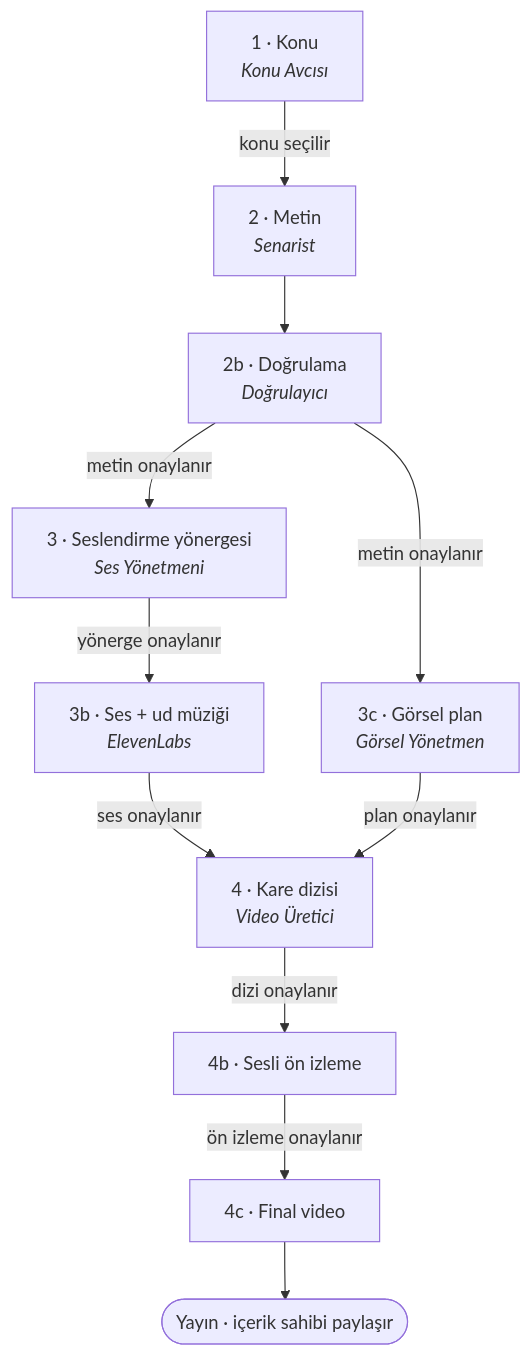
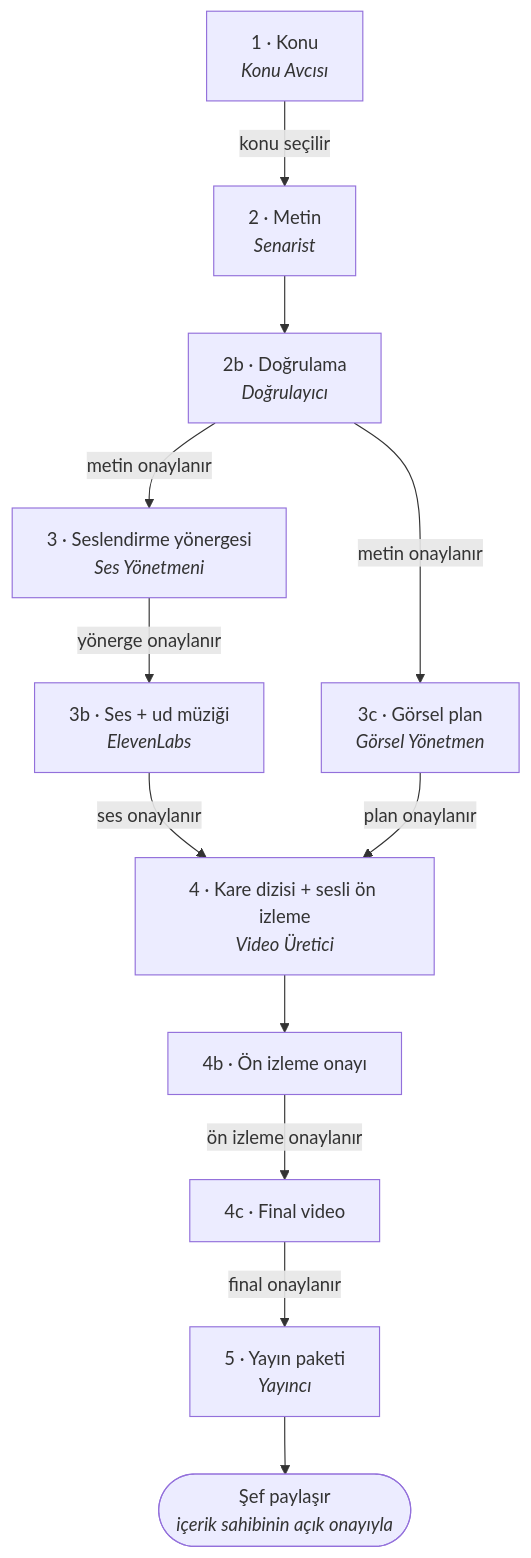
The second of 2 diagrams in README.md (cobanhuseyinbahadir/Hemdem), drawn with Mermaid before and after one commit. The commit also changed other lines of this file and 17 other files, not shown here.

````diff
--- a/README.md
+++ b/README.md
@@ -58,13 +60,14 @@
 ```mermaid
 flowchart TD
     A["1 · Konu<br/><i>Konu Avcısı</i>"] -->|konu seçilir| B["2 · Metin<br/><i>Senarist</i>"]
     B --> C["2b · Doğrulama<br/><i>Doğrulayıcı</i>"]
     C -->|metin onaylanır| D["3 · Seslendirme yönergesi<br/><i>Ses Yönetmeni</i>"]
     C -->|metin onaylanır| F["3c · Görsel plan<br/><i>Görsel Yönetmen</i>"]
     D -->|yönerge onaylanır| E["3b · Ses + ud müziği<br/><i>ElevenLabs</i>"]
     E -->|ses onaylanır| G
-    F -->|plan onaylanır| G["4 · Kare dizisi<br/><i>Video Üretici</i>"]
-    G -->|dizi onaylanır| H["4b · Sesli ön izleme"]
+    F -->|plan onaylanır| G["4 · Kare dizisi + sesli ön izleme<br/><i>Video Üretici</i>"]
+    G --> H["4b · Ön izleme onayı"]
     H -->|ön izleme onaylanır| I["4c · Final video"]
-    I --> J(["Yayın · içerik sahibi paylaşır"])
+    I -->|final onaylanır| Y["5 · Yayın paketi<br/><i>Yayıncı</i>"]
+    Y --> J(["Şef paylaşır<br/><i>içerik sahibinin açık onayıyla</i>"])
 ```
````
